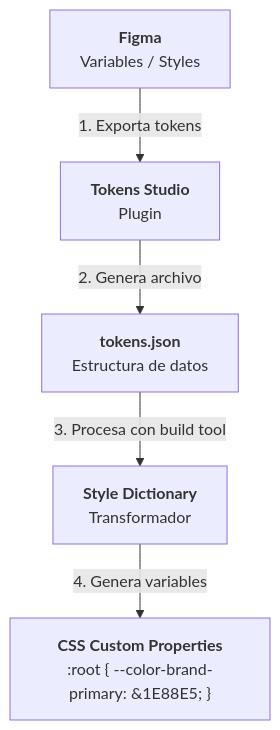
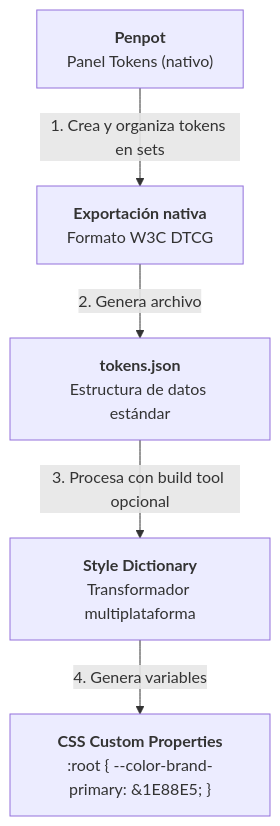
The fourth of 6 diagrams in docs/ud2.md (jmfiorisies/diw), drawn with Mermaid before and after one commit. The commit also changed other lines of this file and 3 other files, not shown here.

````diff
--- a/docs/ud2.md
+++ b/docs/ud2.md
@@ -101,8 +162,8 @@
 ```mermaid
 flowchart TD
-    A["<b>Figma</b><br/>Variables / Styles"] -->|1. Exporta tokens| B["<b>Tokens Studio</b><br/>Plugin"]
-    B -->|2. Genera archivo| C["<b>tokens.json</b><br/>Estructura de datos"]
-    C -->|3. Procesa con build tool| D["<b>Style Dictionary</b><br/>Transformador"]
+    A["<b>Penpot</b><br/>Panel Tokens (nativo)"] -->|1. Crea y organiza tokens en sets| B["<b>Exportación nativa</b><br/>Formato W3C DTCG"]
+    B -->|2. Genera archivo| C["<b>tokens.json</b><br/>Estructura de datos estándar"]
+    C -->|3. Procesa con build tool opcional| D["<b>Style Dictionary</b><br/>Transformador multiplataforma"]
     D -->|4. Genera variables| E["<b>CSS Custom Properties</b><br/>:root { --color-brand-primary: #1E88E5; }"]
 
 ```
````
